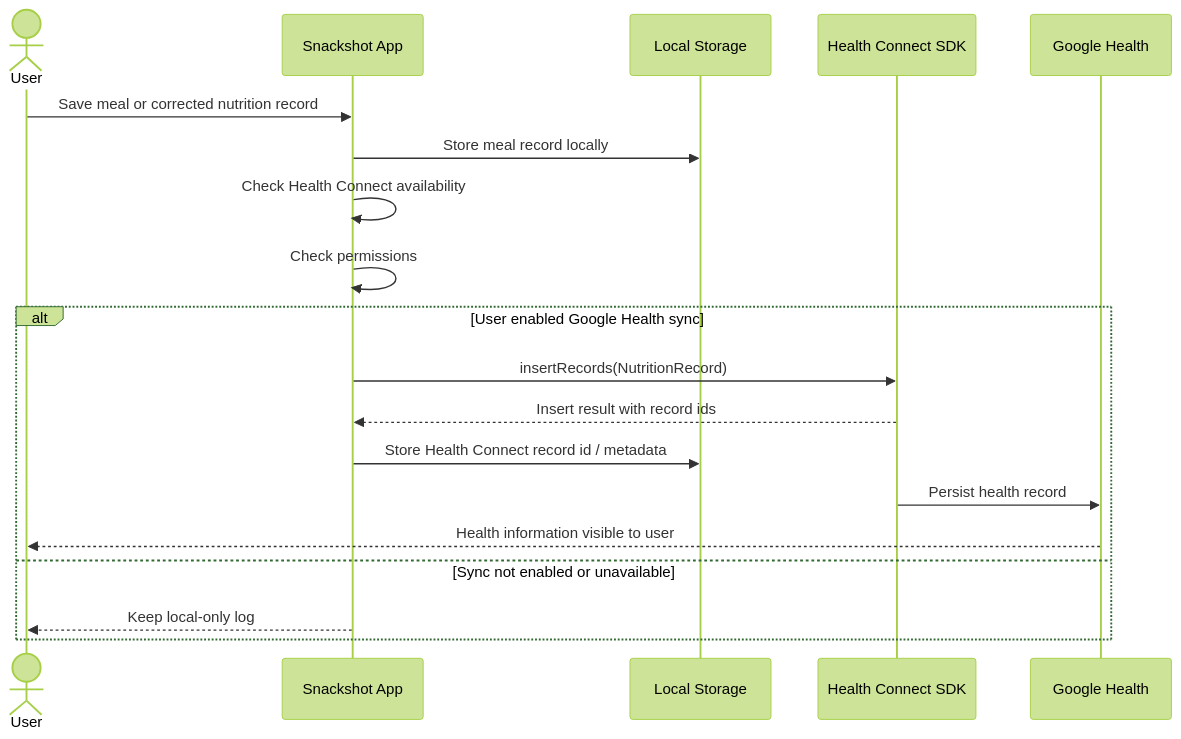
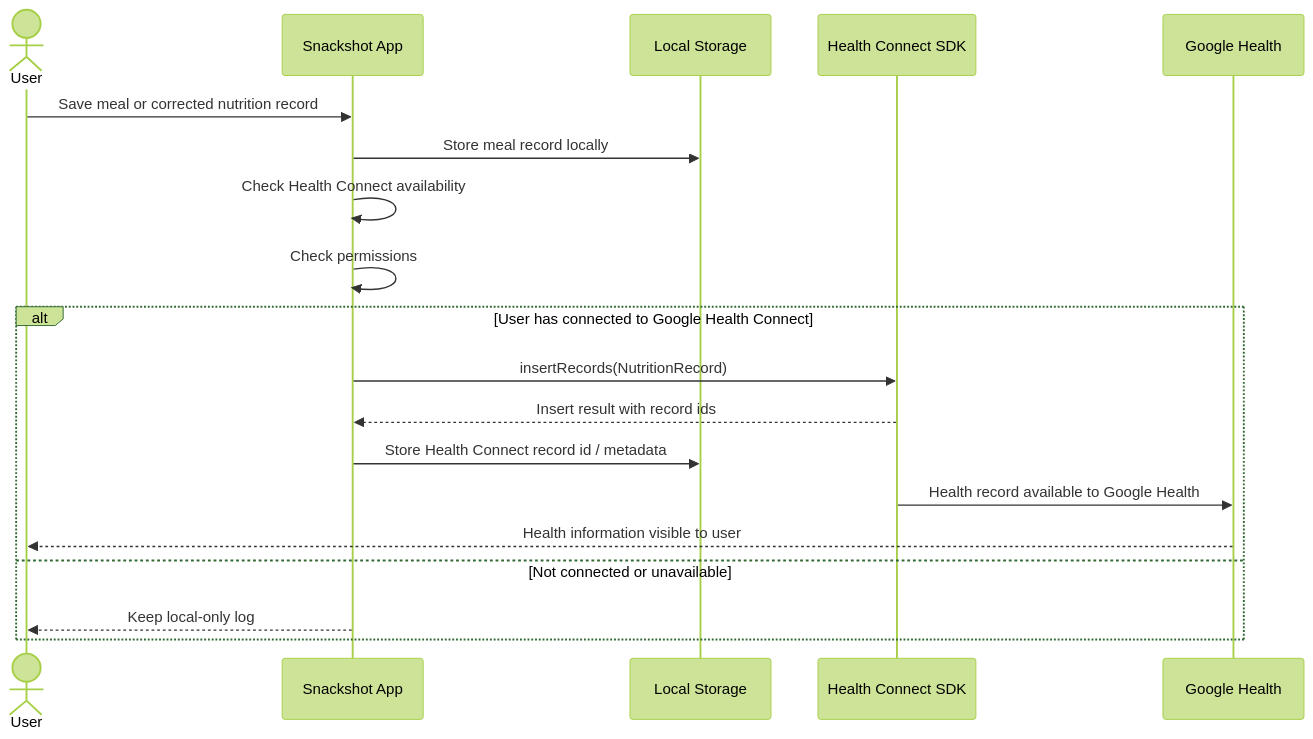
The fourth of 10 diagrams in docs/Architecture/09_process-flow-diagrams.md (sergeybelyuga-ops/snackshot), drawn with Mermaid (forest theme) before and after one commit. The commit also changed other lines of this file and 28 other files, not shown here.

````diff
--- a/docs/Architecture/09_process-flow-diagrams.md
+++ b/docs/Architecture/09_process-flow-diagrams.md
@@ -107,23 +138,23 @@
 ```mermaid
 sequenceDiagram
     actor User
     participant App as Snackshot App
     participant Local as Local Storage
     participant GHC as Health Connect SDK
     participant Google as Google Health
 
     User->>App: Save meal or corrected nutrition record
     App->>Local: Store meal record locally
     App->>App: Check Health Connect availability
     App->>App: Check permissions
 
-    alt User enabled Google Health sync
+    alt User has connected to Google Health Connect
         App->>GHC: insertRecords(NutritionRecord)
         GHC-->>App: Insert result with record ids
         App->>Local: Store Health Connect record id / metadata
-        GHC->>Google: Persist health record
+        GHC->>Google: Health record available to Google Health
         Google-->>User: Health information visible to user
-    else Sync not enabled or unavailable
+    else Not connected or unavailable
         App-->>User: Keep local-only log
     end
 ```
````
